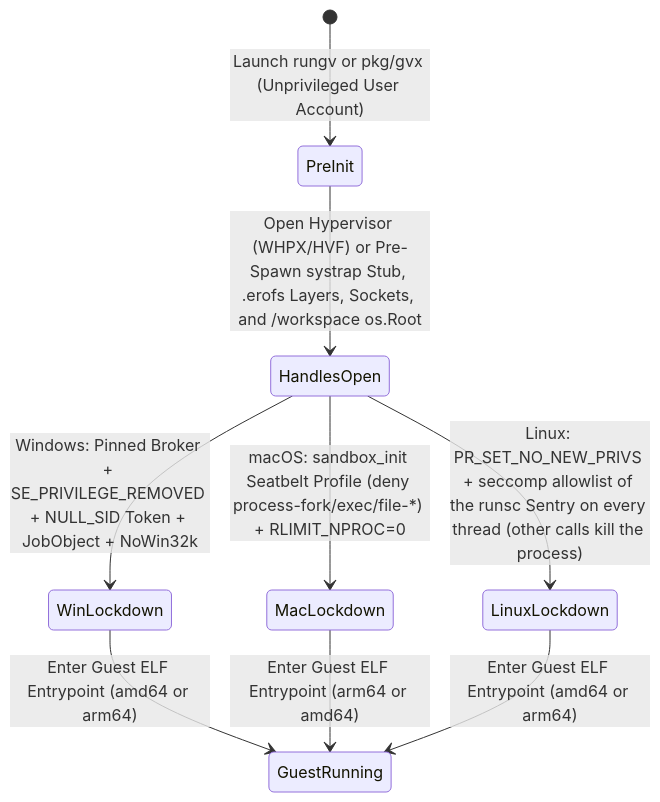
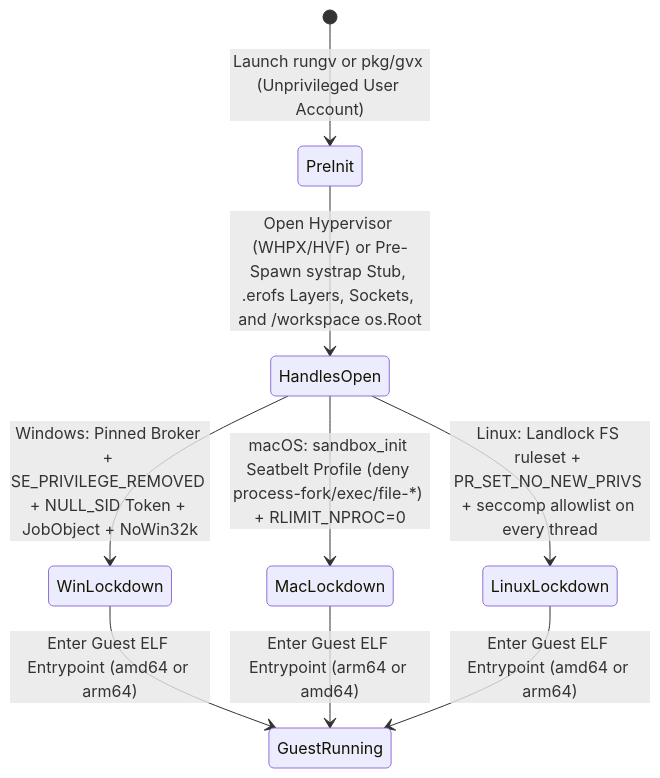
Before and after one commit to gfire-sigs/gvx: the seventh of 7 diagrams in docs/architecture.md, drawn with Mermaid. The commit also changed other lines of this file and 29 other files, not shown here.

````diff
--- a/docs/architecture.md
+++ b/docs/architecture.md
@@ -805,11 +805,11 @@
 ```mermaid
 stateDiagram-v2
     [*] --> PreInit: Launch rungv or pkg/gvx (Unprivileged User Account)
     PreInit --> HandlesOpen: Open Hypervisor (WHPX/HVF) or Pre-Spawn systrap Stub, .erofs Layers, Sockets, and /workspace os.Root
     HandlesOpen --> WinLockdown: Windows: Pinned Broker + SE_PRIVILEGE_REMOVED + NULL_SID Token + JobObject + NoWin32k
     HandlesOpen --> MacLockdown: macOS: sandbox_init Seatbelt Profile (deny process-fork/exec/file-*) + RLIMIT_NPROC=0
-    HandlesOpen --> LinuxLockdown: Linux: PR_SET_NO_NEW_PRIVS + seccomp allowlist of the runsc Sentry on every thread (other calls kill the process)
+    HandlesOpen --> LinuxLockdown: Linux: Landlock FS ruleset + PR_SET_NO_NEW_PRIVS + seccomp allowlist on every thread
     WinLockdown --> GuestRunning: Enter Guest ELF Entrypoint (amd64 or arm64)
     MacLockdown --> GuestRunning: Enter Guest ELF Entrypoint (arm64 or amd64)
     LinuxLockdown --> GuestRunning: Enter Guest ELF Entrypoint (amd64 or arm64)
 ```
````
